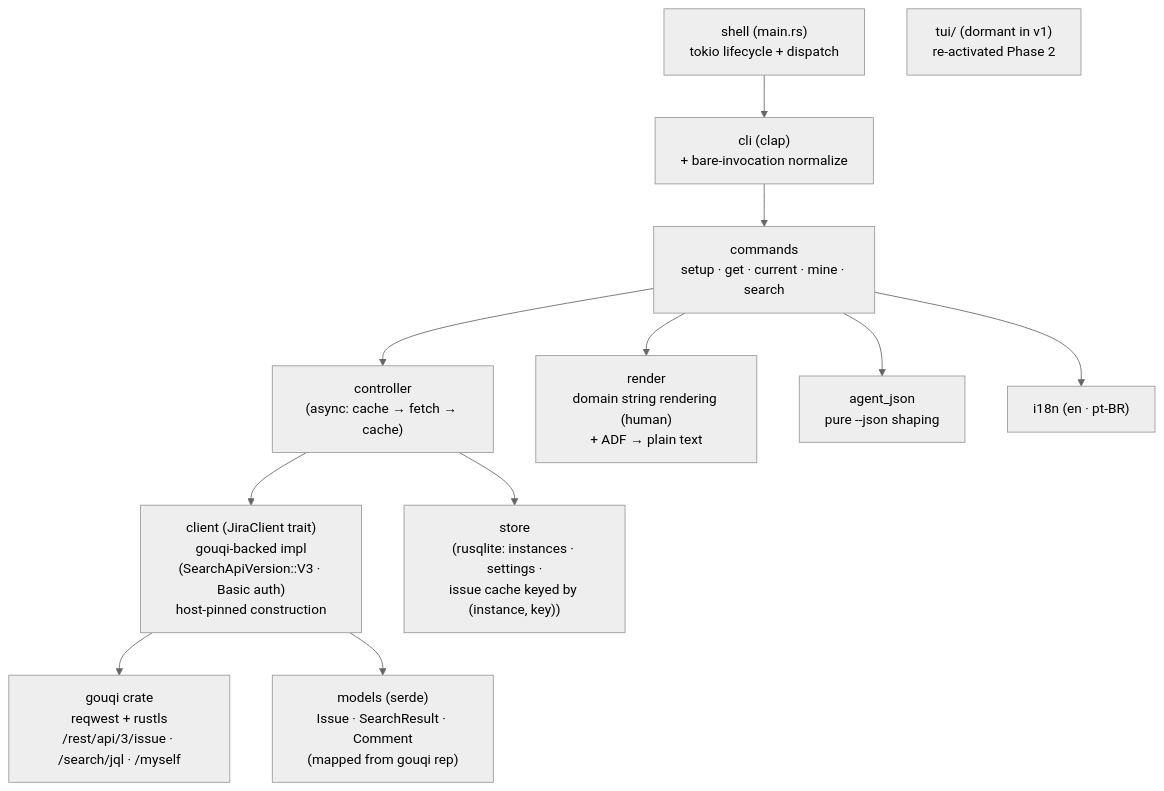
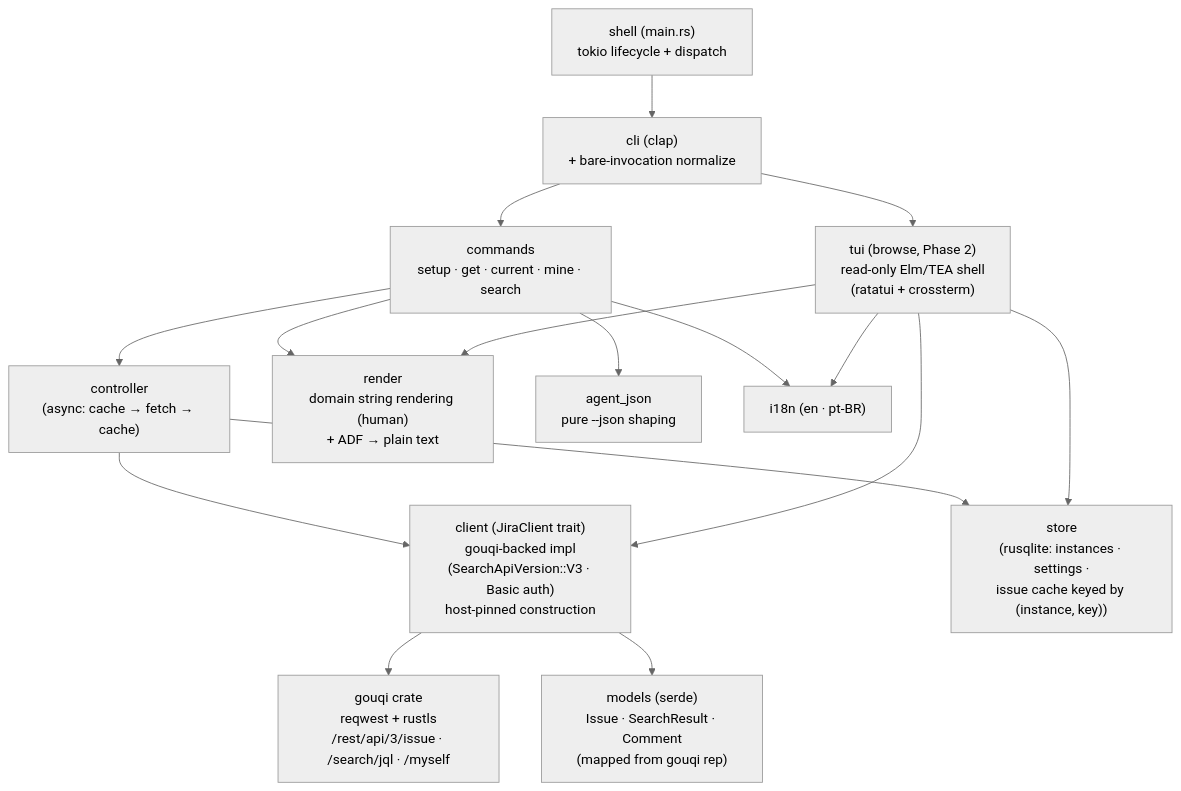
Before and after one commit to ejklock/jira-cli: the first of 2 diagrams in docs/architecture.md, drawn with Mermaid (neutral theme). The commit also changed other lines of this file and 6 other files, not shown here.

First line of the commit message:
feat: add browse TUI walking skeleton (jira browse) [B0]

````diff
--- a/docs/architecture.md
+++ b/docs/architecture.md
@@ -46,14 +49,18 @@
 ```mermaid
 flowchart TD
     main["shell (main.rs)\ntokio lifecycle + dispatch"] --> cli["cli (clap)\n+ bare-invocation normalize"]
     cli --> commands["commands\nsetup · get · current · mine · search"]
     commands --> controller["controller\n(async: cache → fetch → cache)"]
     controller --> client["client (JiraClient trait)\ngouqi-backed impl\n(SearchApiVersion::V3 · Basic auth)\nhost-pinned construction"]
     client --> gouqi["gouqi crate\nreqwest + rustls\n/rest/api/3/issue · /search/jql · /myself"]
     client --> models["models (serde)\nIssue · SearchResult · Comment\n(mapped from gouqi rep)"]
     controller --> store["store\n(rusqlite: instances · settings ·\nissue cache keyed by (instance, key))"]
     commands --> render["render\ndomain string rendering (human)\n+ ADF → plain text"]
     commands --> agent_json["agent_json\npure --json shaping"]
     commands --> i18n["i18n (en · pt-BR)"]
-    tui["tui/ (dormant in v1)\nre-activated Phase 2"]
+    cli --> tui["tui (browse, Phase 2)\nread-only Elm/TEA shell\n(ratatui + crossterm)"]
+    tui --> client
+    tui --> store
+    tui --> render
+    tui --> i18n
 ```
````
